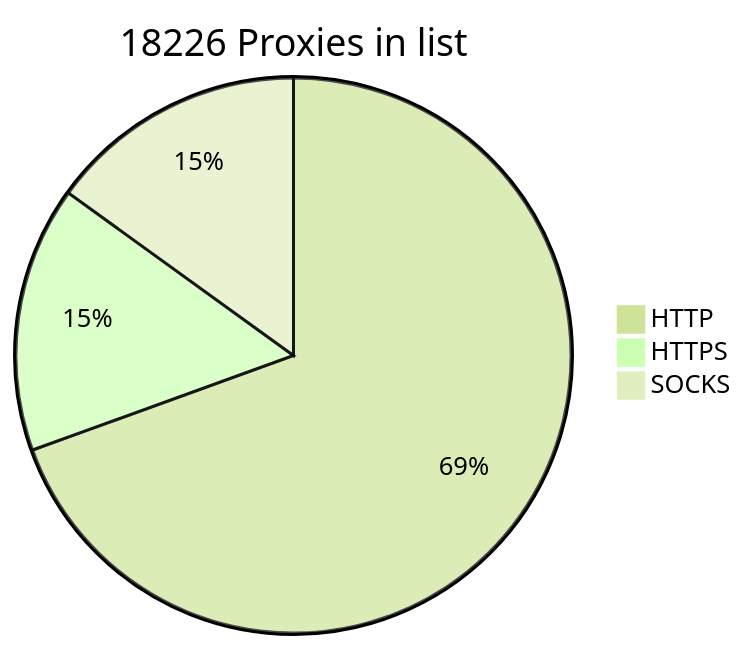
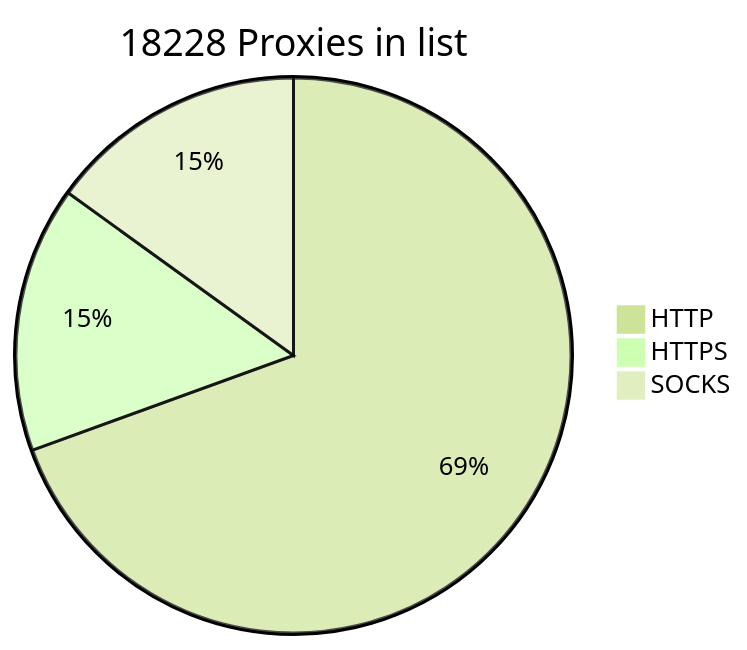
One commit to BlackSnowDot/proxylist-update-every-minute changed the diagram in README.md. Above: the diagram before and after it, drawn with Mermaid (forest theme).

````diff
--- a/README.md
+++ b/README.md
@@ -2,6 +2,6 @@
 ```mermaid
-pie title 18226 Proxies in list
+pie title 18228 Proxies in list
     "HTTP" : 13649
-    "HTTPS": 3042
-    "SOCKS" : 2956
+    "HTTPS": 3043
+    "SOCKS" : 2957
 ```
````
